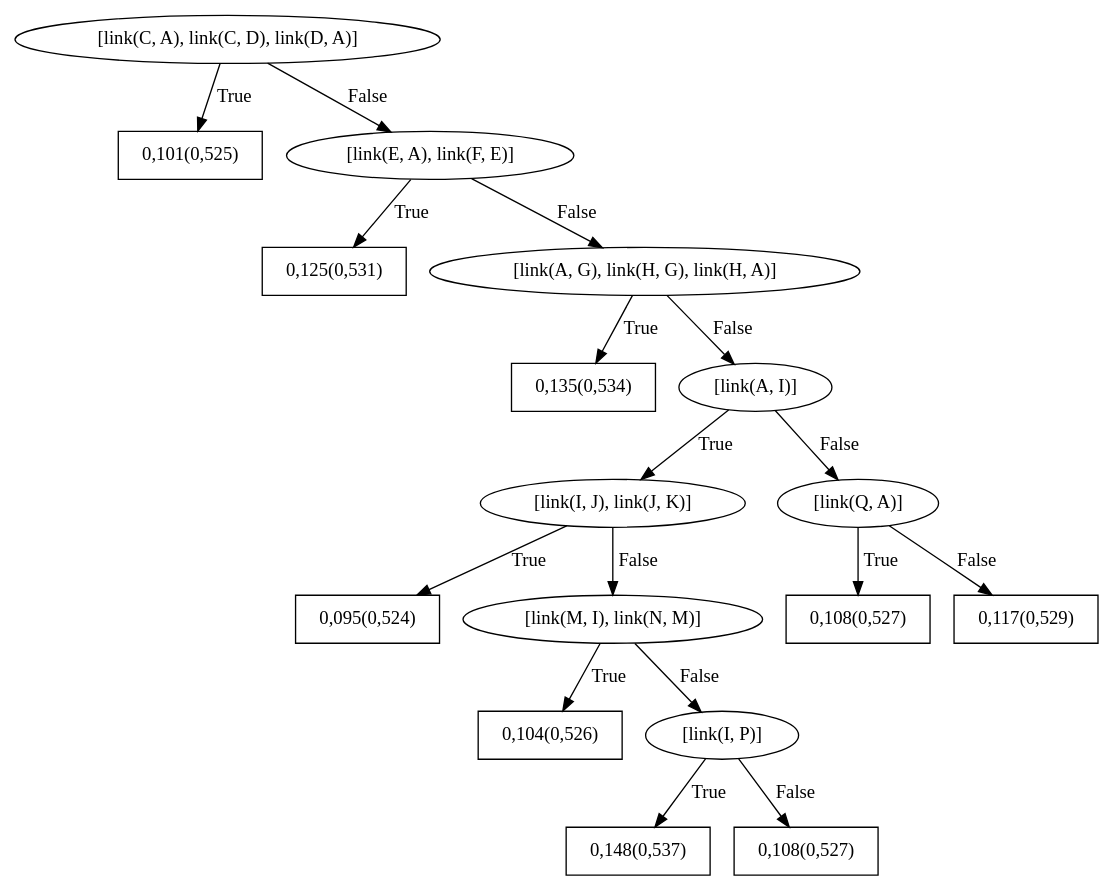
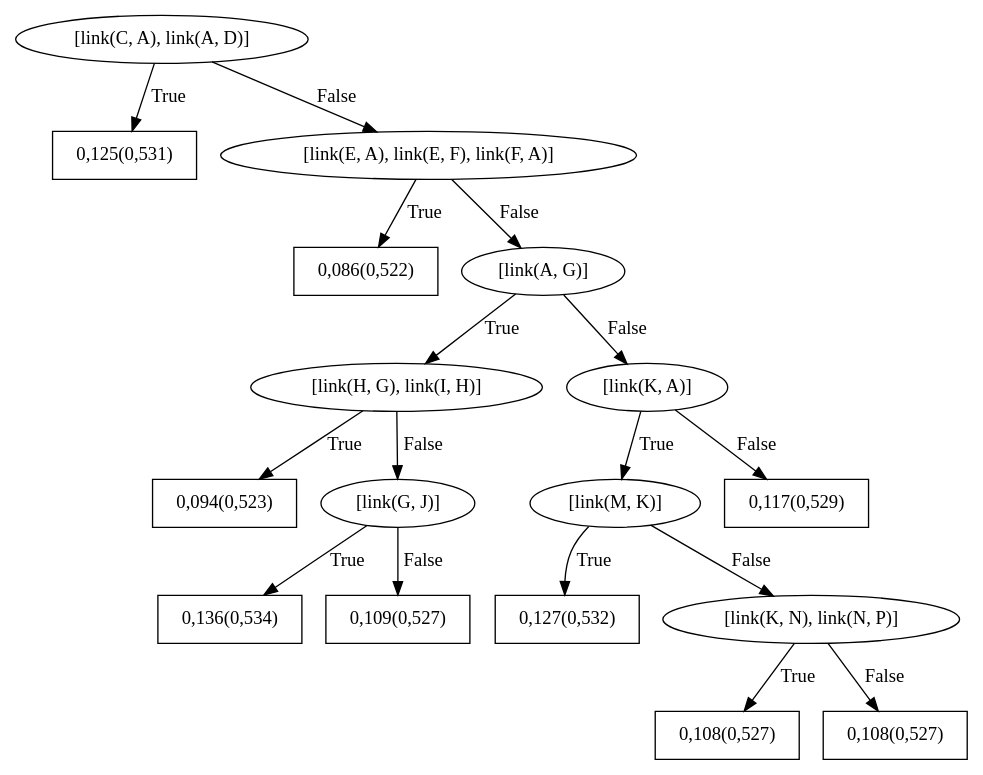
The diagram in SRLBoost/data/citeseer/train/models/bRDNs/dotFiles/WILLTreeFor_hasCat8.dot (GabrielaPC/Trabalho-SRL), drawn with Graphviz before and after one commit. The commit also changed 67 other files, not shown here.

```diff
--- a/SRLBoost/data/citeseer/train/models/bRDNs/dotFiles/WILLTreeFor_hasCat8.dot
+++ b/SRLBoost/data/citeseer/train/models/bRDNs/dotFiles/WILLTreeFor_hasCat8.dot
@@ -1,35 +1,35 @@
 digraph G{ 
-1[label = "[link(C, A), link(C, D), link(D, A)]"];
+1[label = "[link(C, A), link(A, D)]"];
 1 -> 2[label="True"];
 1 -> 3[label="False"];
-2[shape = box,label = "0,101(0,525)"];
-3[label = "[link(E, A), link(F, E)]"];
+2[shape = box,label = "0,125(0,531)"];
+3[label = "[link(E, A), link(E, F), link(F, A)]"];
 3 -> 4[label="True"];
 3 -> 5[label="False"];
-4[shape = box,label = "0,125(0,531)"];
-5[label = "[link(A, G), link(H, G), link(H, A)]"];
+4[shape = box,label = "0,086(0,522)"];
+5[label = "[link(A, G)]"];
 5 -> 6[label="True"];
 5 -> 7[label="False"];
-6[shape = box,label = "0,135(0,534)"];
-7[label = "[link(A, I)]"];
-7 -> 8[label="True"];
-7 -> 9[label="False"];
-8[label = "[link(I, J), link(J, K)]"];
-8 -> 10[label="True"];
-8 -> 11[label="False"];
-10[shape = box,label = "0,095(0,524)"];
-11[label = "[link(M, I), link(N, M)]"];
-11 -> 12[label="True"];
-11 -> 13[label="False"];
-12[shape = box,label = "0,104(0,526)"];
-13[label = "[link(I, P)]"];
-13 -> 14[label="True"];
-13 -> 15[label="False"];
-14[shape = box,label = "0,148(0,537)"];
-15[shape = box,label = "0,108(0,527)"];
-9[label = "[link(Q, A)]"];
-9 -> 16[label="True"];
-9 -> 17[label="False"];
+6[label = "[link(H, G), link(I, H)]"];
+6 -> 8[label="True"];
+6 -> 9[label="False"];
+8[shape = box,label = "0,094(0,523)"];
+9[label = "[link(G, J)]"];
+9 -> 10[label="True"];
+9 -> 11[label="False"];
+10[shape = box,label = "0,136(0,534)"];
+11[shape = box,label = "0,109(0,527)"];
+7[label = "[link(K, A)]"];
+7 -> 12[label="True"];
+7 -> 13[label="False"];
+12[label = "[link(M, K)]"];
+12 -> 14[label="True"];
+12 -> 15[label="False"];
+14[shape = box,label = "0,127(0,532)"];
+15[label = "[link(K, N), link(N, P)]"];
+15 -> 16[label="True"];
+15 -> 17[label="False"];
 16[shape = box,label = "0,108(0,527)"];
-17[shape = box,label = "0,117(0,529)"];
+17[shape = box,label = "0,108(0,527)"];
+13[shape = box,label = "0,117(0,529)"];
 }
```
